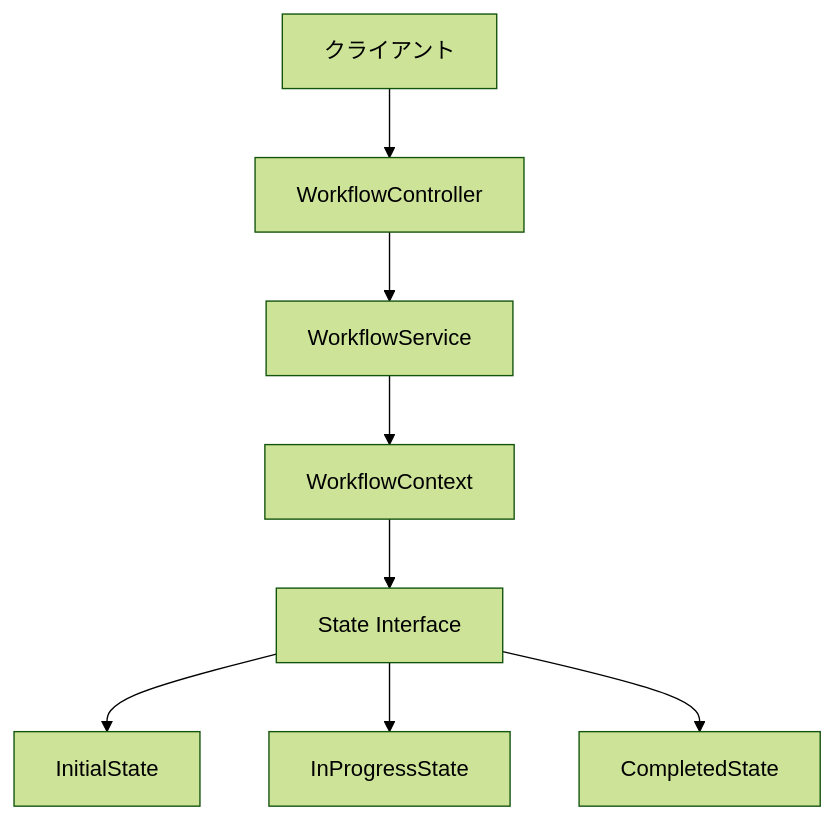
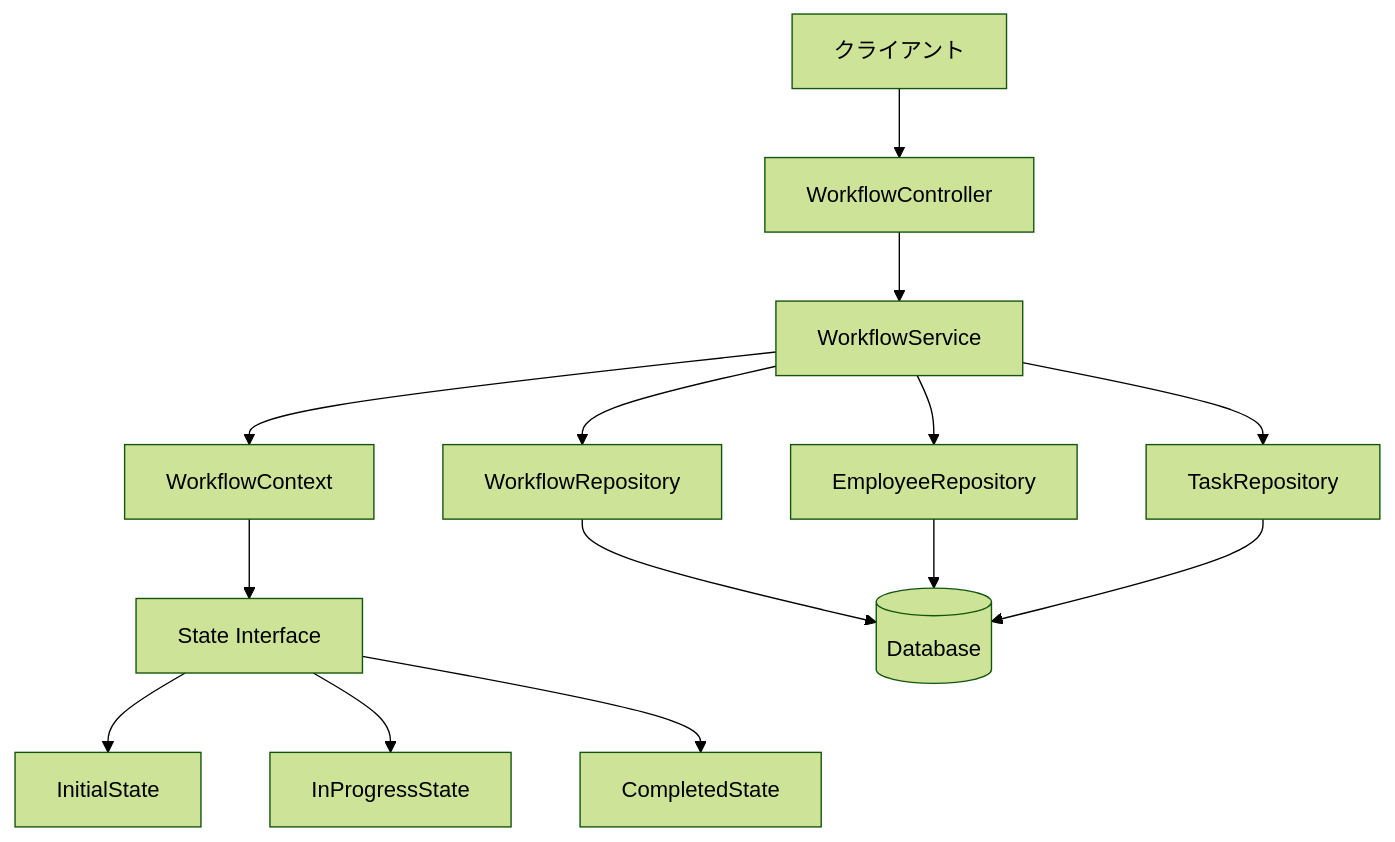
One commit to simultechnology/my-java-workflow-app changed the second of 2 diagrams in README.md. Above: the diagram before and after it, drawn with Mermaid (forest theme). The commit also changed other lines of this file, not shown here.

````diff
--- a/README.md
+++ b/README.md
@@ -31,10 +53,16 @@
 ```mermaid
 graph TB
     Client[クライアント] --> Controller[WorkflowController]
     Controller --> Service[WorkflowService]
     Service --> Context[WorkflowContext]
     Context --> State[State Interface]
     State --> InitialState[InitialState]
     State --> InProgressState[InProgressState]
     State --> CompletedState[CompletedState]
+    Service --> Repository[WorkflowRepository]
+    Service --> EmployeeRepo[EmployeeRepository]
+    Service --> TaskRepo[TaskRepository]
+    Repository --> DB[(Database)]
+    EmployeeRepo --> DB
+    TaskRepo --> DB
 ```
````
